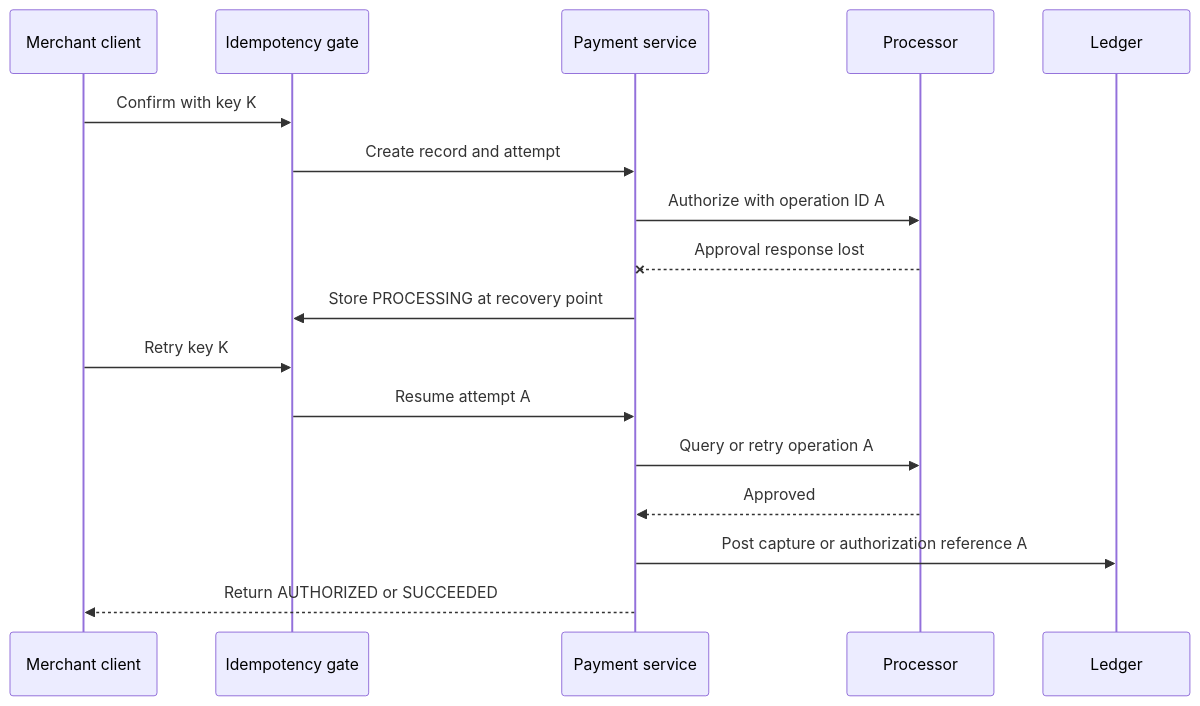
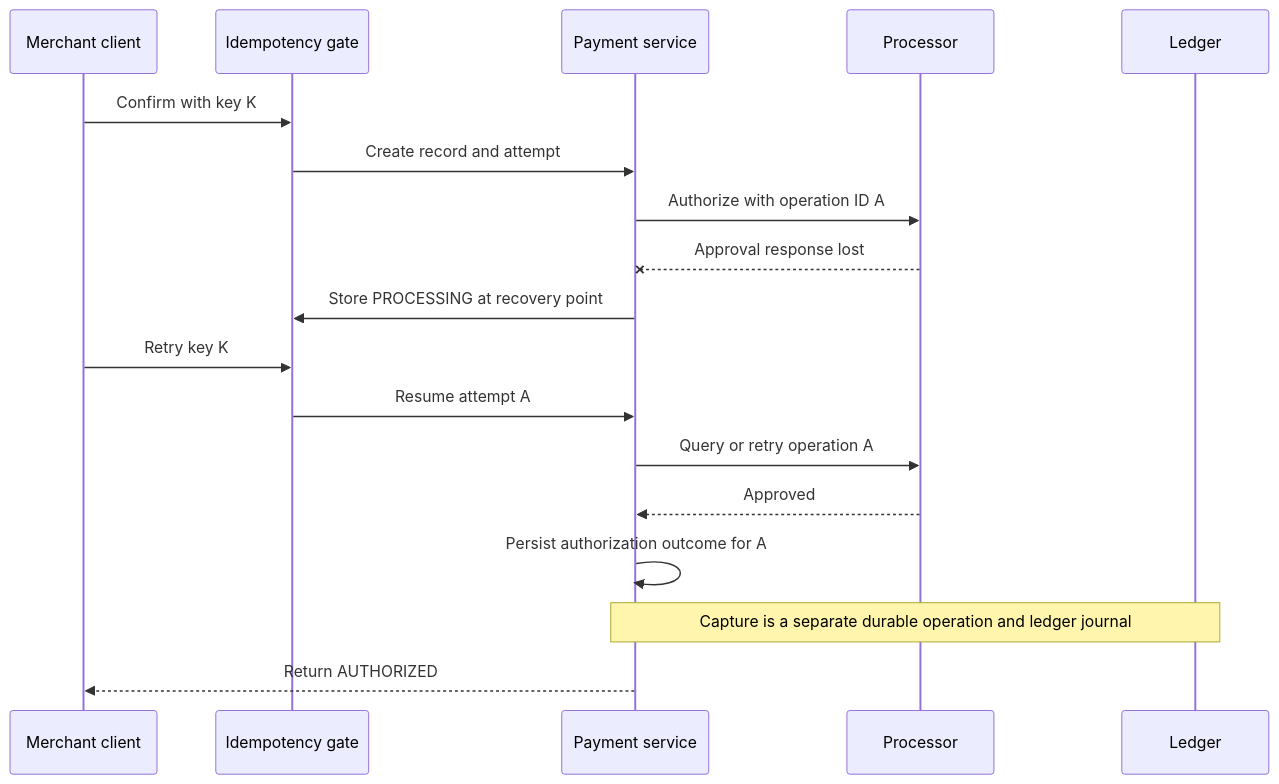
One commit to Pranshu258/system-design changed the third of 5 diagrams in payment-system-design.md. Above: the diagram before and after it, drawn with Mermaid. The commit also changed other lines of this file and 23 other files, not shown here.

````diff
--- a/payment-system-design.md
+++ b/payment-system-design.md
@@ -235,19 +248,20 @@
 ```mermaid
 sequenceDiagram
     participant C as Merchant client
     participant I as Idempotency gate
     participant S as Payment service
     participant P as Processor
     participant L as Ledger
     C->>I: Confirm with key K
     I->>S: Create record and attempt
     S->>P: Authorize with operation ID A
     P--xS: Approval response lost
     S->>I: Store PROCESSING at recovery point
     C->>I: Retry key K
     I->>S: Resume attempt A
     S->>P: Query or retry operation A
     P-->>S: Approved
-    S->>L: Post capture or authorization reference A
-    S-->>C: Return AUTHORIZED or SUCCEEDED
+    S->>S: Persist authorization outcome for A
+    Note over S,L: Capture is a separate durable operation and ledger journal
+    S-->>C: Return AUTHORIZED
 ```
````
